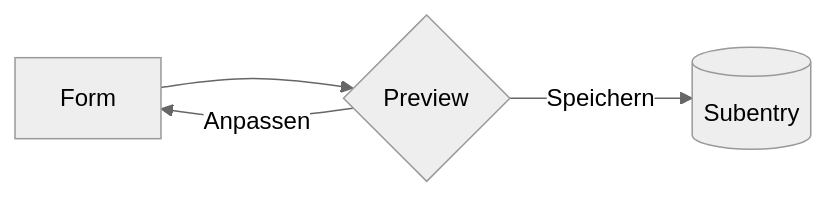
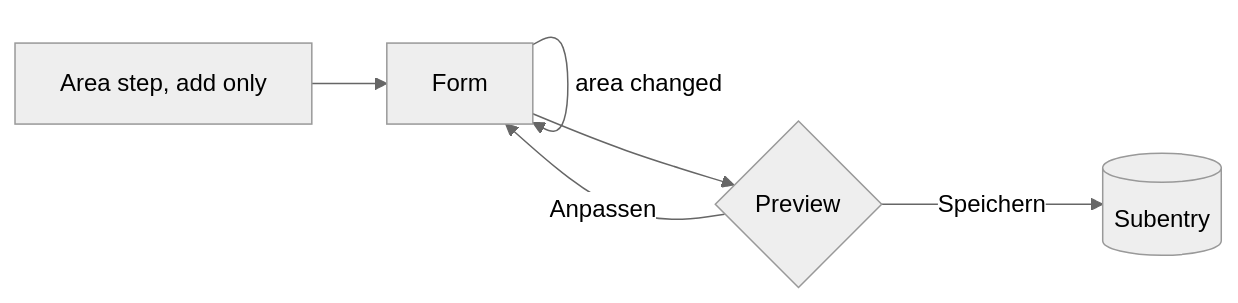
One commit to patchingfailed/home_assistant_climate_hub changed the second of 3 diagrams in docs/ui_mockups.md. Above: the diagram before and after it, drawn with Mermaid (neutral theme). The commit also changed other lines of this file and 2 other files, not shown here.

First line of the commit message:
docs: UI mockups v2 for what native flows can render

````diff
--- a/docs/ui_mockups.md
+++ b/docs/ui_mockups.md
@@ -41,6 +42,8 @@
 ```mermaid
 flowchart LR
-  F[Form] --> P{Preview}
+  A[Area step, add only] --> F[Form]
+  F -- area changed --> F
+  F --> P{Preview}
   P -- Speichern --> D[(Subentry)]
   P -- Anpassen --> F
 ```
````
